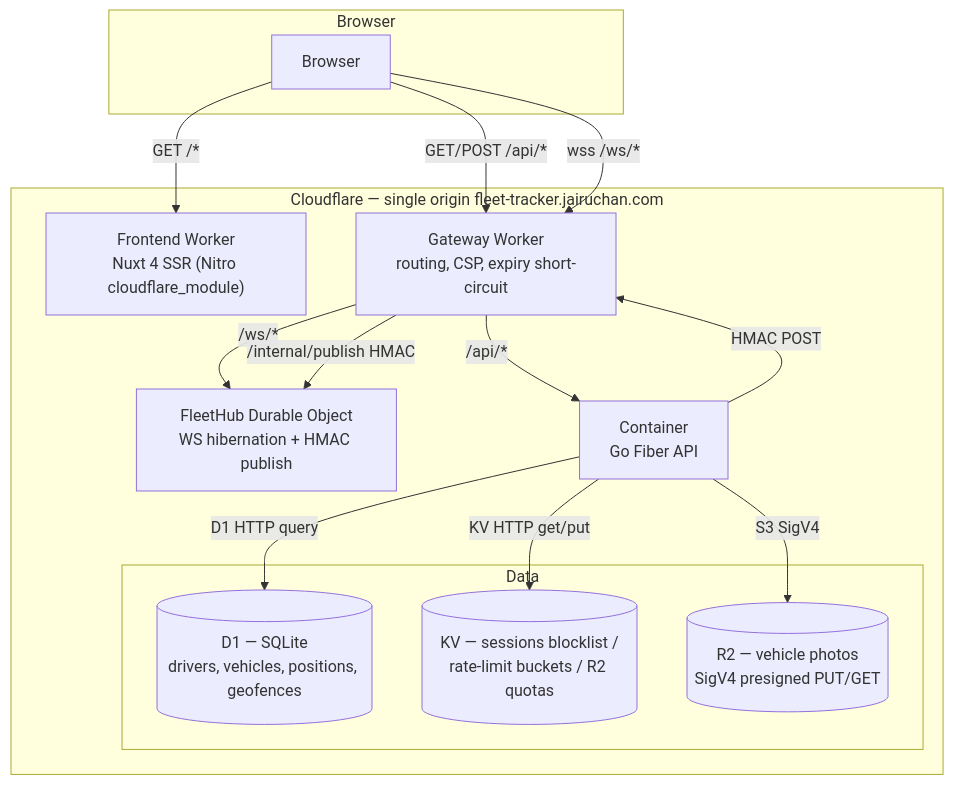
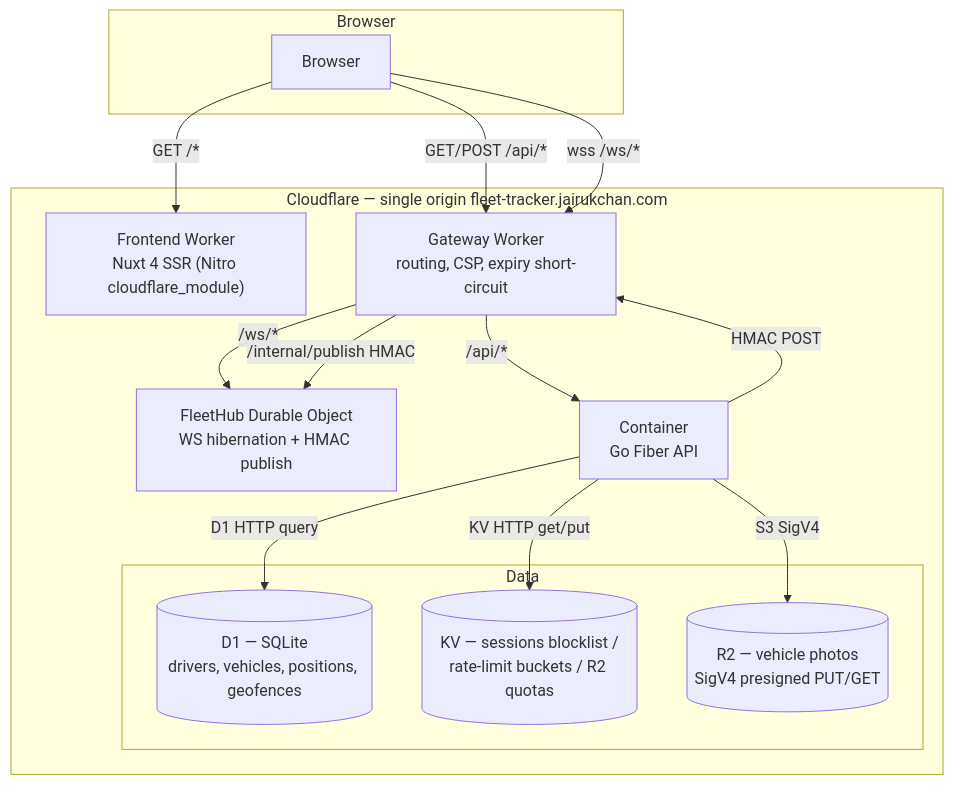
One commit to ilGentEAcutoO/mini-fleet-tracker changed the first of 2 diagrams in ARCHITECTURE.md. Above: the diagram before and after it, drawn with Mermaid. The commit also changed other lines of this file and 11 other files, not shown here.

First line of the commit message:
chore(repo): correct zone hostname from jairuchan.com to jairukchan.com

````diff
--- a/ARCHITECTURE.md
+++ b/ARCHITECTURE.md
@@ -29,28 +29,28 @@
 ```mermaid
 graph TB
     subgraph Browser
         B[Browser]
     end
-    subgraph CF["Cloudflare — single origin fleet-tracker.jairuchan.com"]
+    subgraph CF["Cloudflare — single origin fleet-tracker.jairukchan.com"]
         FW["Frontend Worker<br/>Nuxt 4 SSR (Nitro cloudflare_module)"]
         GW["Gateway Worker<br/>routing, CSP, expiry short-circuit"]
         DO["FleetHub Durable Object<br/>WS hibernation + HMAC publish"]
         C["Container<br/>Go Fiber API"]
         subgraph Data
             D1[("D1 — SQLite<br/>drivers, vehicles, positions, geofences")]
             KV[("KV — sessions blocklist /<br/>rate-limit buckets / R2 quotas")]
             R2[("R2 — vehicle photos<br/>SigV4 presigned PUT/GET")]
         end
     end
 
     B -->|"GET /*"| FW
     B -->|"GET/POST /api/*"| GW
     B -->|"wss /ws/*"| GW
     GW -->|"/api/*"| C
     GW -->|"/ws/*"| DO
     GW -->|"/internal/publish HMAC"| DO
     C -->|"D1 HTTP query"| D1
     C -->|"KV HTTP get/put"| KV
     C -->|"S3 SigV4"| R2
     C -->|"HMAC POST"| GW
 ```
````
